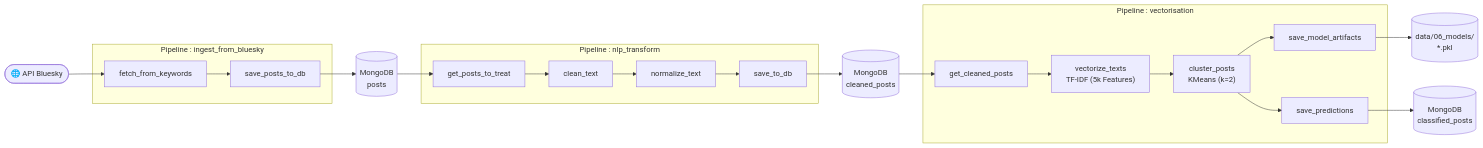
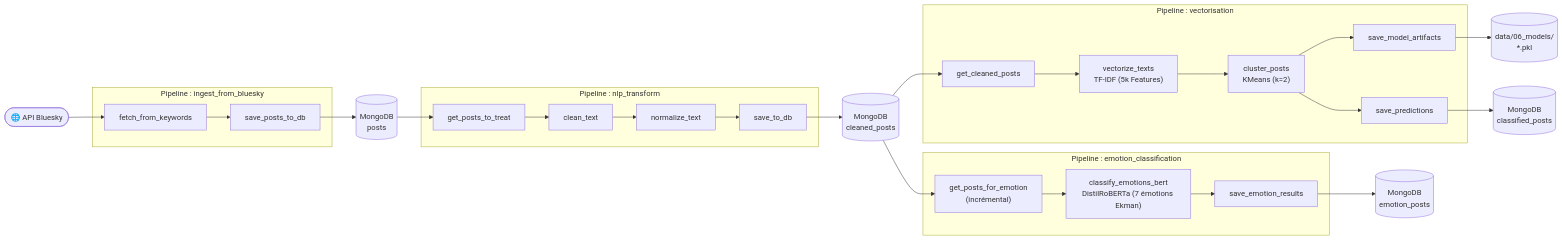
Before and after one commit to Sebastien35/projet_etudes_data: the first of 2 diagrams in DAT.md, drawn with Mermaid. The commit also changed other lines of this file, not shown here.

````diff
--- a/DAT.md
+++ b/DAT.md
@@ -227,42 +241,52 @@
 ```mermaid
 flowchart LR
     BS(["🌐 API Bluesky"])
     M1[("MongoDB\nposts")]
     M2[("MongoDB\ncleaned_posts")]
     M3[("MongoDB\nclassified_posts")]
+    M4[("MongoDB\nemotion_posts")]
     PKL[("data/06_models/\n*.pkl")]
 
     subgraph P1["Pipeline : ingest_from_bluesky"]
         N1["fetch_from_keywords"]
         N2["save_posts_to_db"]
         N1 --> N2
     end
 
     subgraph P2["Pipeline : nlp_transform"]
         N3["get_posts_to_treat"]
         N4["clean_text"]
         N5["normalize_text"]
         N6["save_to_db"]
         N3 --> N4 --> N5 --> N6
     end
 
     subgraph P3["Pipeline : vectorisation"]
         N7["get_cleaned_posts"]
         N8["vectorize_texts\nTF-IDF (5k Features)"]
         N9["cluster_posts\nKMeans (k=2)"]
         N10["save_model_artifacts"]
         N11["save_predictions"]
         N7 --> N8 --> N9
         N9 --> N10
         N9 --> N11
     end
 
+    subgraph P4["Pipeline : emotion_classification"]
+        N12["get_posts_for_emotion\n(incrémental)"]
+        N13["classify_emotions_bert\nDistilRoBERTa (7 émotions Ekman)"]
+        N14["save_emotion_results"]
+        N12 --> N13 --> N14
+    end
+
     BS --> N1
     N2 --> M1
     M1 --> N3
     N6 --> M2
     M2 --> N7
+    M2 --> N12
     N10 --> PKL
     N11 --> M3
+    N14 --> M4
 
 ```
````
